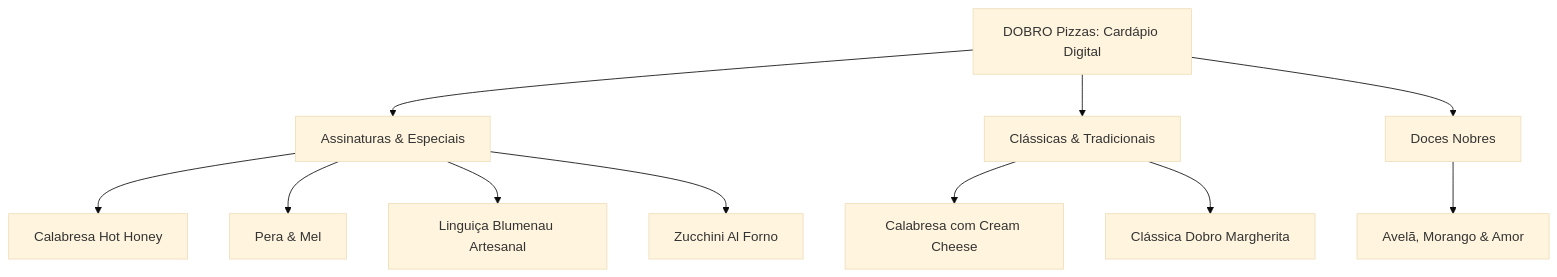
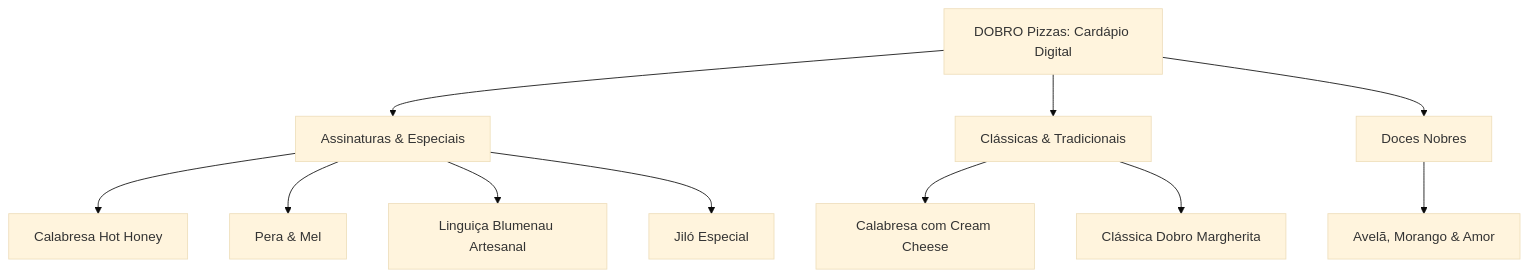
One commit to neritonjunioria-tech/dobropizza changed the diagram in docs/brandbook/BRANDBOOK_DOBRO_PIZZAS.md. Above: the diagram before and after it, drawn with Mermaid (base theme). The commit also changed other lines of this file and 10 other files, not shown here.

````diff
--- a/docs/brandbook/BRANDBOOK_DOBRO_PIZZAS.md
+++ b/docs/brandbook/BRANDBOOK_DOBRO_PIZZAS.md
@@ -124,16 +124,16 @@
 ```mermaid
 graph TD
     A[DOBRO Pizzas: Cardápio Digital] --> B[Assinaturas & Especiais]
     A --> C[Clássicas & Tradicionais]
     A --> D[Doces Nobres]
     
     B --> B1[Calabresa Hot Honey]
     B --> B2[Pera & Mel]
     B --> B3[Linguiça Blumenau Artesanal]
-    B --> B4[Zucchini Al Forno]
+    B --> B4[Jiló Especial]
     
     C --> C1[Calabresa com Cream Cheese]
     C --> C2[Clássica Dobro Margherita]
     
     D --> D1[Avelã, Morango & Amor]
 ```
````
